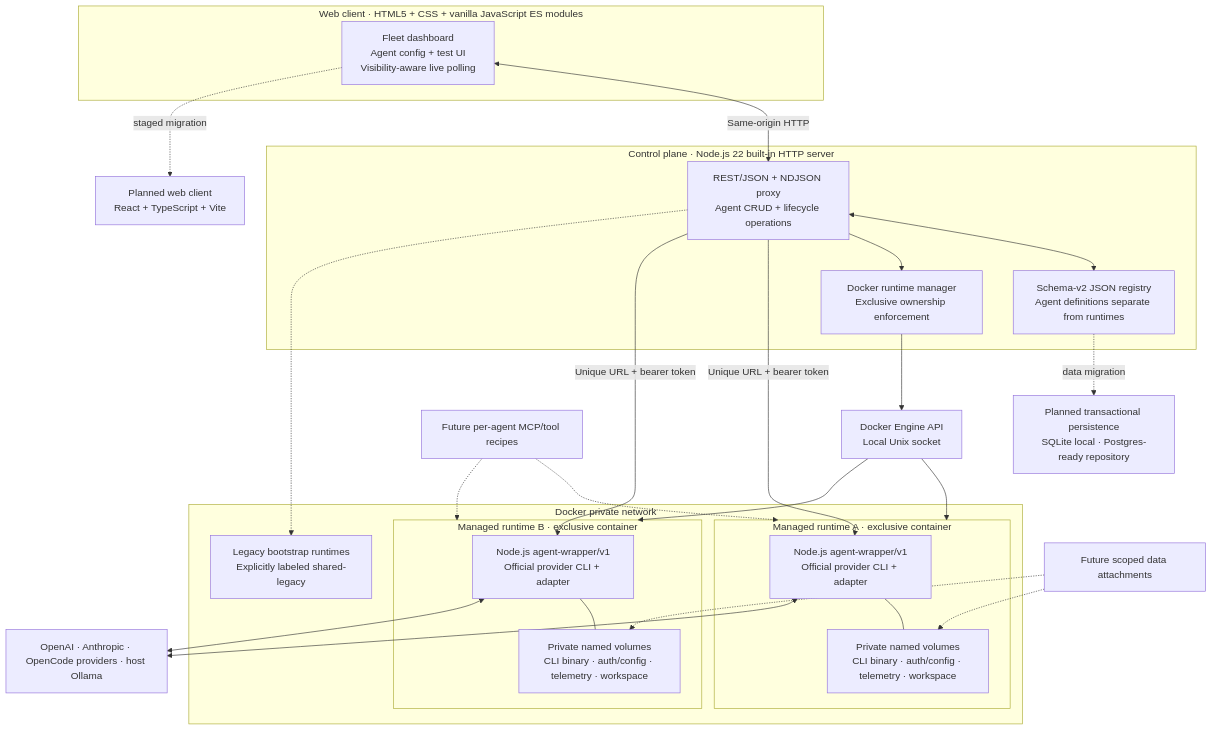
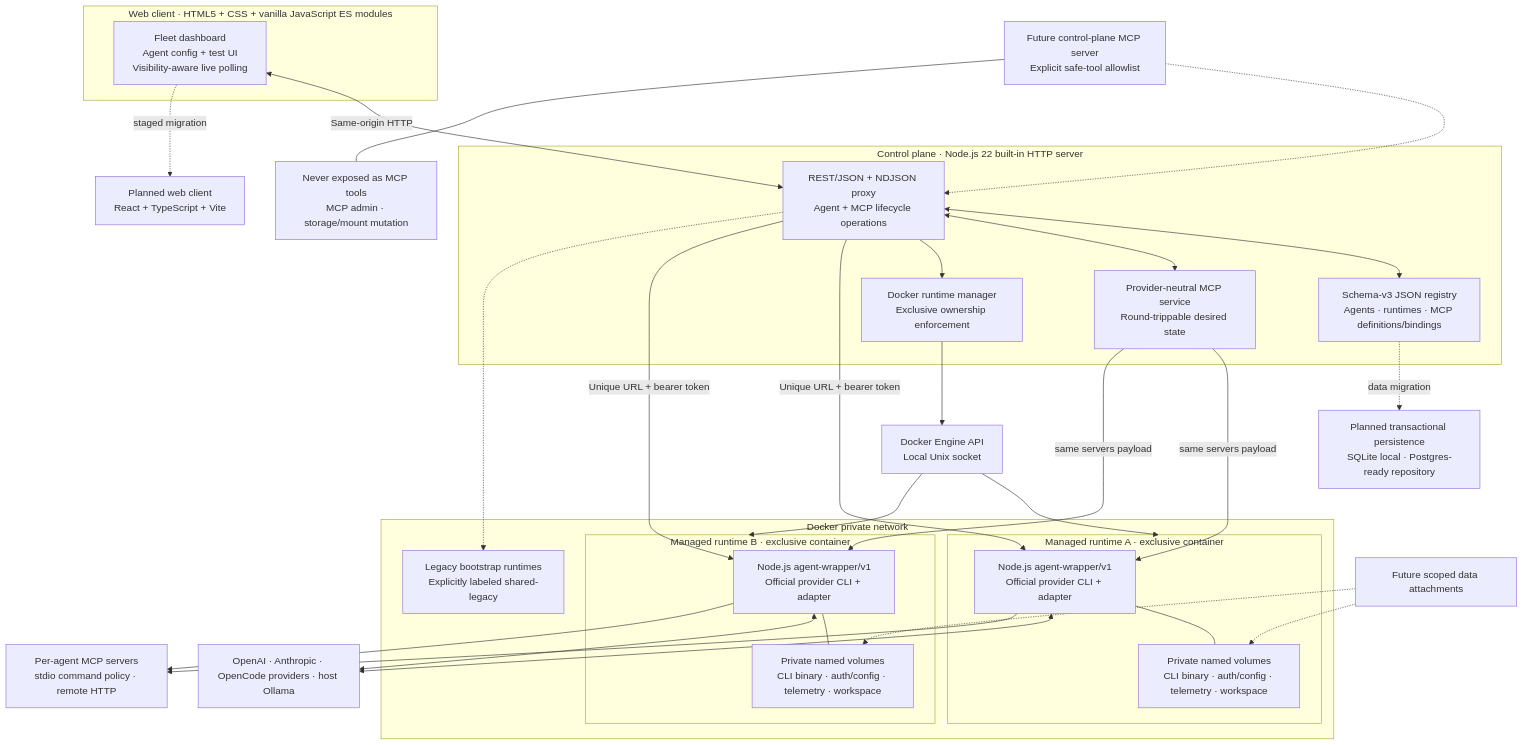
The diagram in docs/architecture.md (alext-avi/agent-dock), drawn with Mermaid before and after one commit. The commit also changed other lines of this file and 29 other files, not shown here.

Commit message:
Add vendor-neutral MCP management

````diff
--- a/docs/architecture.md
+++ b/docs/architecture.md
@@ -5,51 +5,59 @@
 ```mermaid
 flowchart TB
   subgraph Client["Web client · HTML5 + CSS + vanilla JavaScript ES modules"]
     UI["Fleet dashboard\nAgent config + test UI\nVisibility-aware live polling"]
   end
 
   subgraph Plane["Control plane · Node.js 22 built-in HTTP server"]
-    API["REST/JSON + NDJSON proxy\nAgent CRUD + lifecycle operations"]
-    Registry["Schema-v2 JSON registry\nAgent definitions separate from runtimes"]
+    API["REST/JSON + NDJSON proxy\nAgent + MCP lifecycle operations"]
+    Registry["Schema-v3 JSON registry\nAgents · runtimes · MCP definitions/bindings"]
+    McpService["Provider-neutral MCP service\nRound-trippable desired state"]
     Provisioner["Docker runtime manager\nExclusive ownership enforcement"]
   end
 
   Engine["Docker Engine API\nLocal Unix socket"]
 
   subgraph Docker["Docker private network"]
     subgraph RuntimeA["Managed runtime A · exclusive container"]
       WA["Node.js agent-wrapper/v1\nOfficial provider CLI + adapter"]
       VA["Private named volumes\nCLI binary · auth/config · telemetry · workspace"]
       WA --- VA
     end
     subgraph RuntimeB["Managed runtime B · exclusive container"]
       WB["Node.js agent-wrapper/v1\nOfficial provider CLI + adapter"]
       VB["Private named volumes\nCLI binary · auth/config · telemetry · workspace"]
       WB --- VB
     end
     Legacy["Legacy bootstrap runtimes\nExplicitly labeled shared-legacy"]
   end
 
   Providers["OpenAI · Anthropic · OpenCode providers · host Ollama"]
-  MCP["Future per-agent MCP/tool recipes"]
+  MCP["Per-agent MCP servers\nstdio command policy · remote HTTP"]
+  FutureMcp["Future control-plane MCP server\nExplicit safe-tool allowlist"]
+  Guard["Never exposed as MCP tools\nMCP admin · storage/mount mutation"]
   Data["Future scoped data attachments"]
   React["Planned web client\nReact + TypeScript + Vite"]
   Database["Planned transactional persistence\nSQLite local · Postgres-ready repository"]
 
   UI <-->|"Same-origin HTTP"| API
   API <--> Registry
+  API <--> McpService
   API --> Provisioner --> Engine
   Engine --> RuntimeA
   Engine --> RuntimeB
   API -->|"Unique URL + bearer token"| WA
   API -->|"Unique URL + bearer token"| WB
   WA <--> Providers
   WB <--> Providers
   API -.-> Legacy
   UI -.->|"staged migration"| React
   Registry -.->|"data migration"| Database
-  MCP -.-> RuntimeA
-  MCP -.-> RuntimeB
+  McpService -->|"same servers payload"| WA
+  McpService -->|"same servers payload"| WB
+  WA --> MCP
+  WB --> MCP
+  FutureMcp -.-> API
+  FutureMcp --- Guard
   Data -.-> VA
   Data -.-> VB
 ```
````
